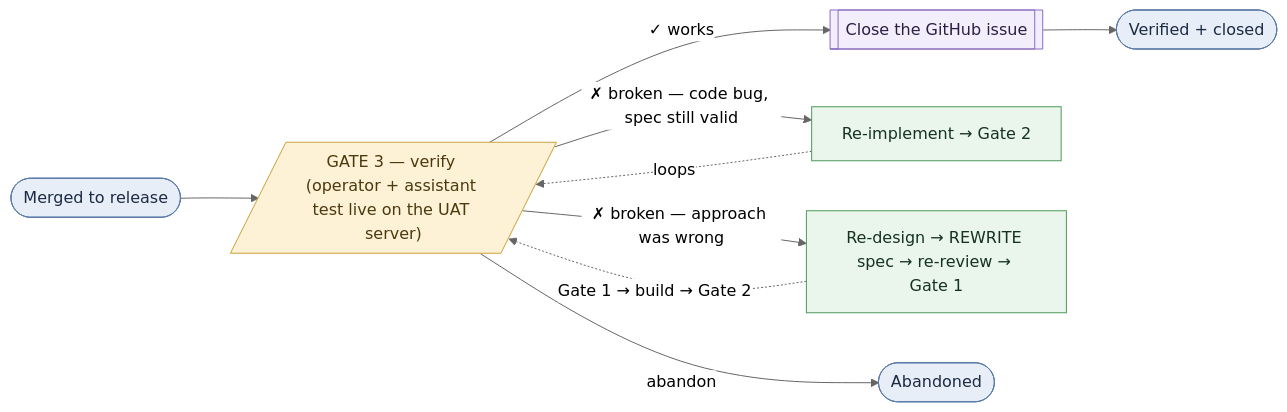
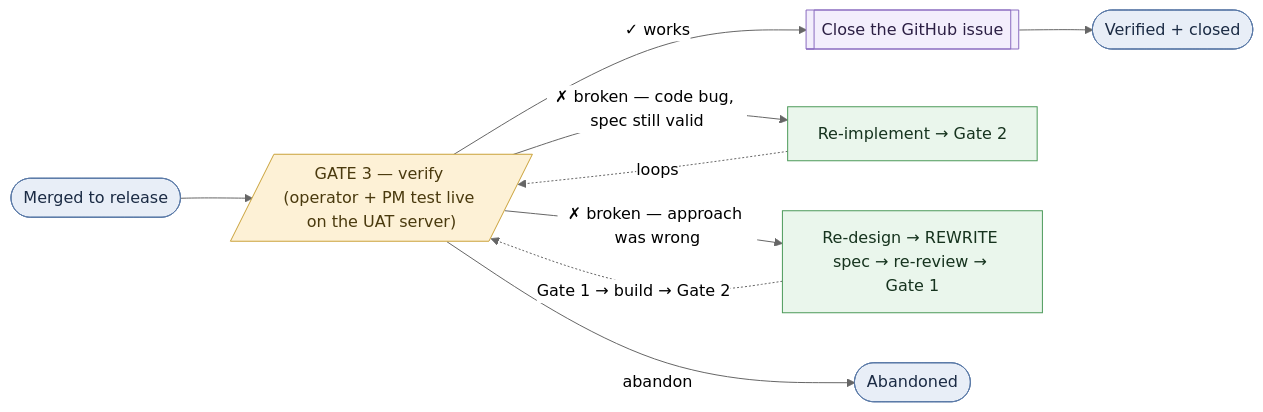
One commit to familycaptain/skipperbot-platform changed the second of 2 diagrams in apps/evolve/specs/sdlc.md. Above: the diagram before and after it, drawn with Mermaid (neutral theme). The commit also changed other lines of this file and 2 other files, not shown here.

First line of the commit message:
rename: evolve-assistant skill -> evolve-pm (the operator's role is project manager, not assistant)

````diff
--- a/apps/evolve/specs/sdlc.md
+++ b/apps/evolve/specs/sdlc.md
@@ -227,14 +227,14 @@
 ```mermaid
 flowchart LR
-  merged(["Merged to release"]):::event --> verify[/"GATE 3 — verify (operator + assistant test live on the UAT server)"/]:::gate
+  merged(["Merged to release"]):::event --> verify[/"GATE 3 — verify (operator + PM test live on the UAT server)"/]:::gate
   verify -->|"✓ works"| close[["Close the GitHub issue"]]:::sys --> done(["Verified + closed"]):::event
   verify -->|"✗ broken — code bug, spec still valid"| reimpl["Re-implement → Gate 2"]:::agent
   verify -->|"✗ broken — approach was wrong"| respec["Re-design → REWRITE spec → re-review → Gate 1"]:::agent
   reimpl -.->|"loops"| verify
   respec -.->|"Gate 1 → build → Gate 2"| verify
   verify -->|"abandon"| dropped(["Abandoned"]):::event
   classDef event fill:#e8eef7,stroke:#5b7aa7,color:#1b2b44;
   classDef agent fill:#eaf6ec,stroke:#4c9a5a,color:#16331e;
   classDef sys fill:#f3eefc,stroke:#8a6bbf,color:#2c1f44;
   classDef gate fill:#fdf1d6,stroke:#caa23a,color:#4a3a0e;
 ```
````
